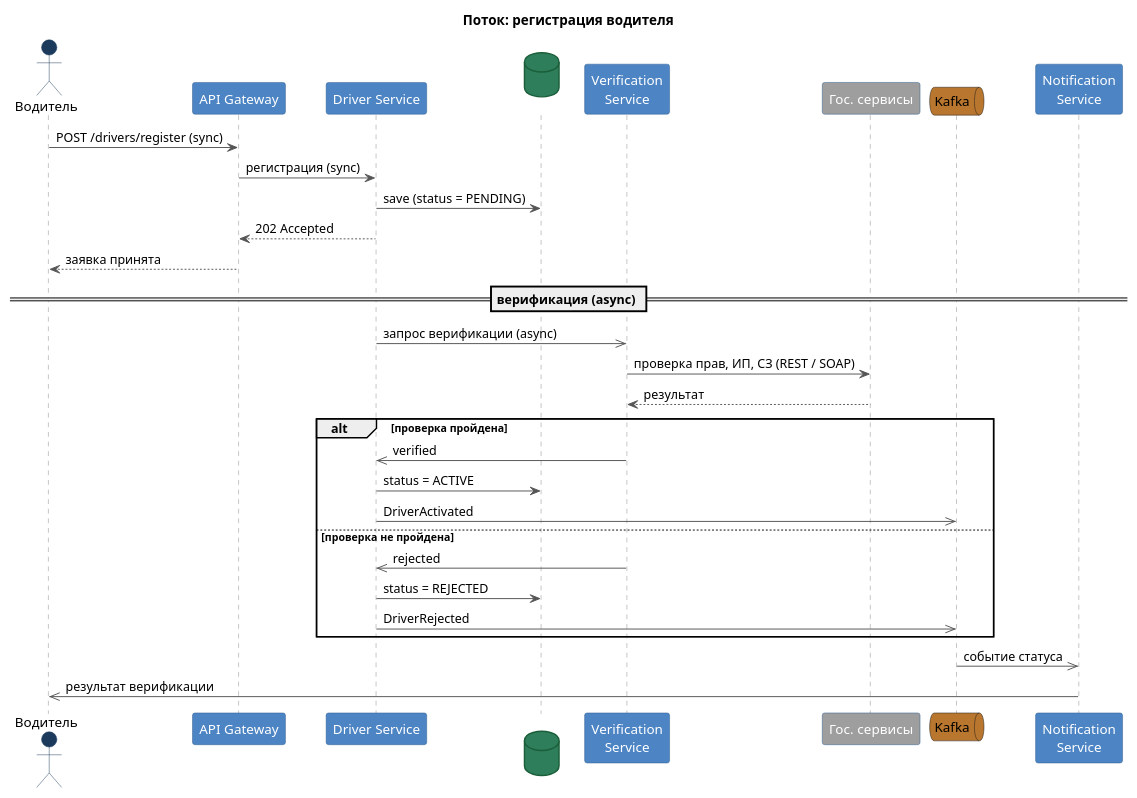
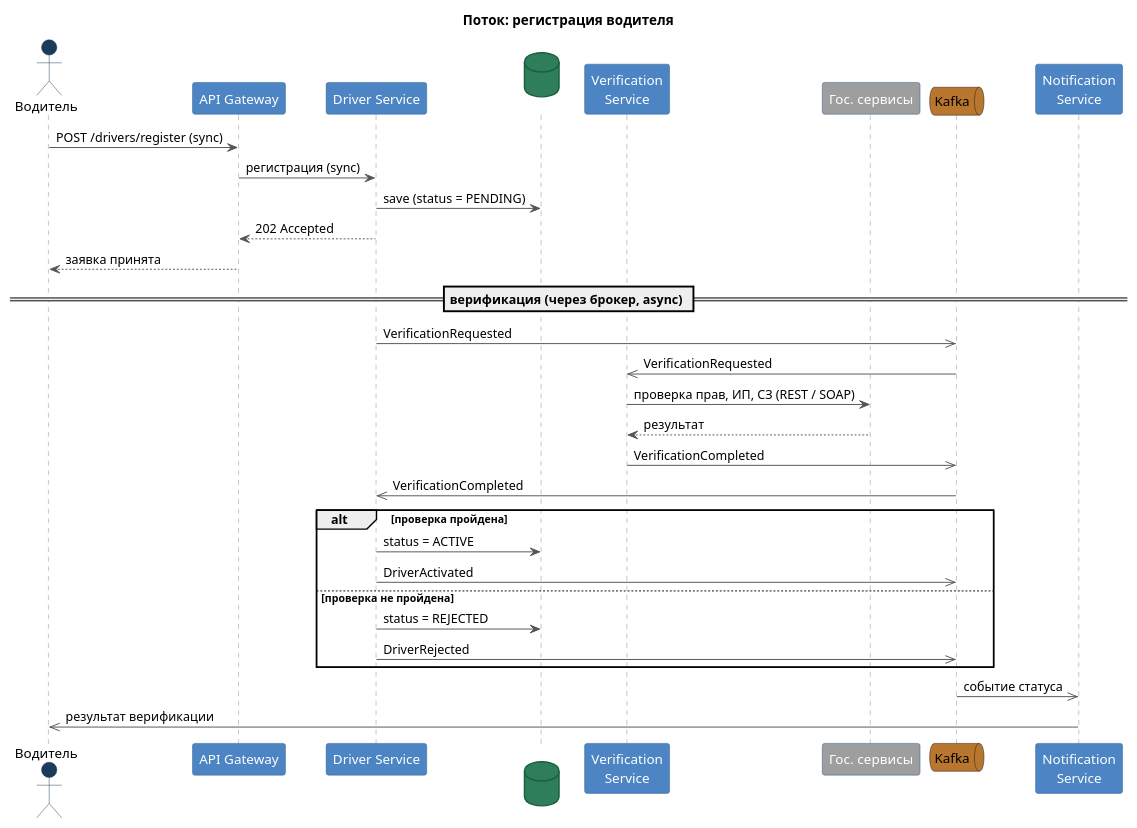
One commit to Fleaman777/sd-homework changed the third of 4 diagrams in hw_01/solution/README.md. Above: the diagram before and after it, drawn with PlantUML. The commit also changed other lines of this file and 4 other files, not shown here.

````diff
--- a/hw_01/solution/README.md
+++ b/hw_01/solution/README.md
@@ -260,57 +261,58 @@
 ```plantuml
 @startuml DriverRegistration
 title Поток: регистрация водителя
 
 skinparam shadowing false
 skinparam defaultFontName Helvetica
 skinparam sequence {
   ArrowColor #555555
   LifeLineBorderColor #888888
   LifeLineBackgroundColor #F0F0F0
   ParticipantBorderColor #2C5A8C
   ParticipantBackgroundColor #4C84C4
   ParticipantFontColor white
   ActorBorderColor #1B3A5C
   ActorBackgroundColor #1B3A5C
 }
 skinparam database {
   BorderColor #1B5E3A
   BackgroundColor #2E7D5B
   FontColor white
 }
 
 actor "Водитель" as D
 participant "API Gateway" as GW
 participant "Driver Service" as DRV
 database "Driver DB" as DDB
 participant "Verification\nService" as VER
 participant "Гос. сервисы" as GOV #9E9E9E
 queue "Kafka" as K #B8762E
 participant "Notification\nService" as NOTIF
 
 D -> GW : POST /drivers/register (sync)
 GW -> DRV : регистрация (sync)
 DRV -> DDB : save (status = PENDING)
 DRV --> GW : 202 Accepted
 GW --> D : заявка принята
 
-== верификация (async) ==
+== верификация (через брокер, async) ==
 
-DRV ->> VER : запрос верификации (async)
+DRV ->> K : VerificationRequested
+K ->> VER : VerificationRequested
 VER -> GOV : проверка прав, ИП, СЗ (REST / SOAP)
 GOV --> VER : результат
+VER ->> K : VerificationCompleted
+K ->> DRV : VerificationCompleted
 
 alt проверка пройдена
-  VER ->> DRV : verified
   DRV -> DDB : status = ACTIVE
   DRV ->> K : DriverActivated
 else проверка не пройдена
-  VER ->> DRV : rejected
   DRV -> DDB : status = REJECTED
   DRV ->> K : DriverRejected
 end
 
 K ->> NOTIF : событие статуса
 NOTIF ->> D : результат верификации
 @enduml
 ```
````
